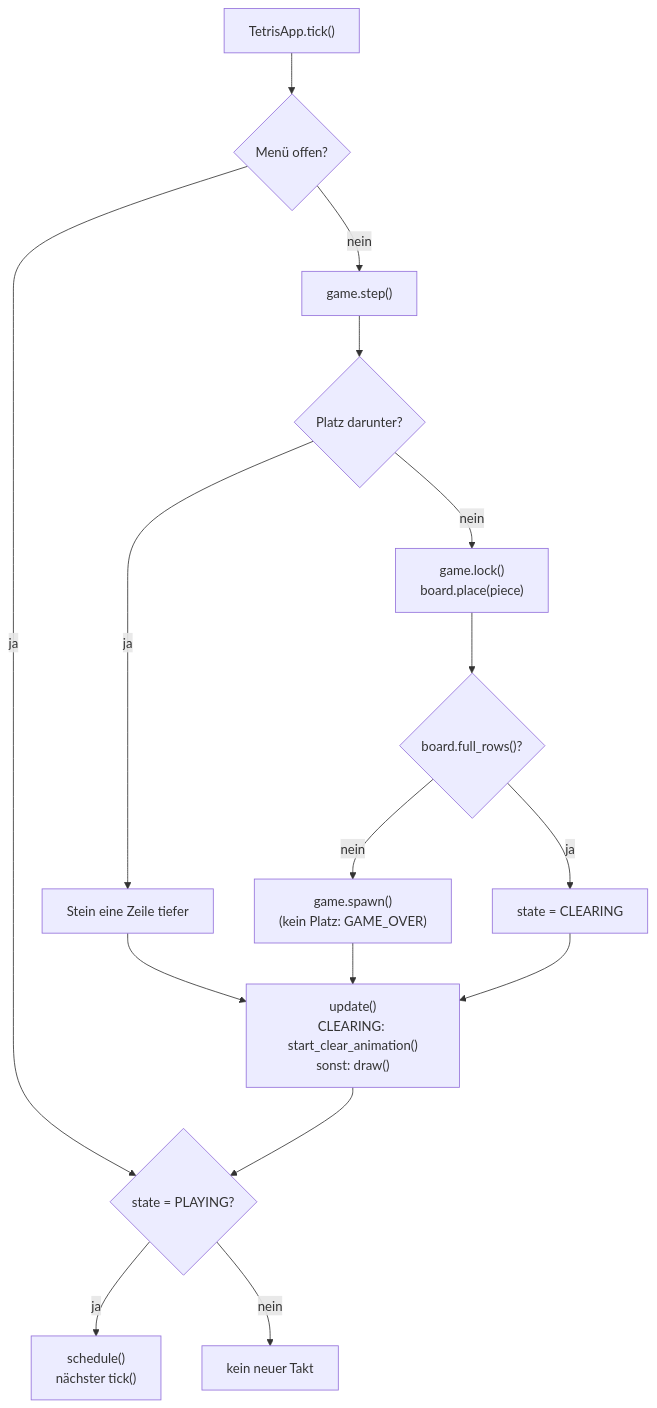
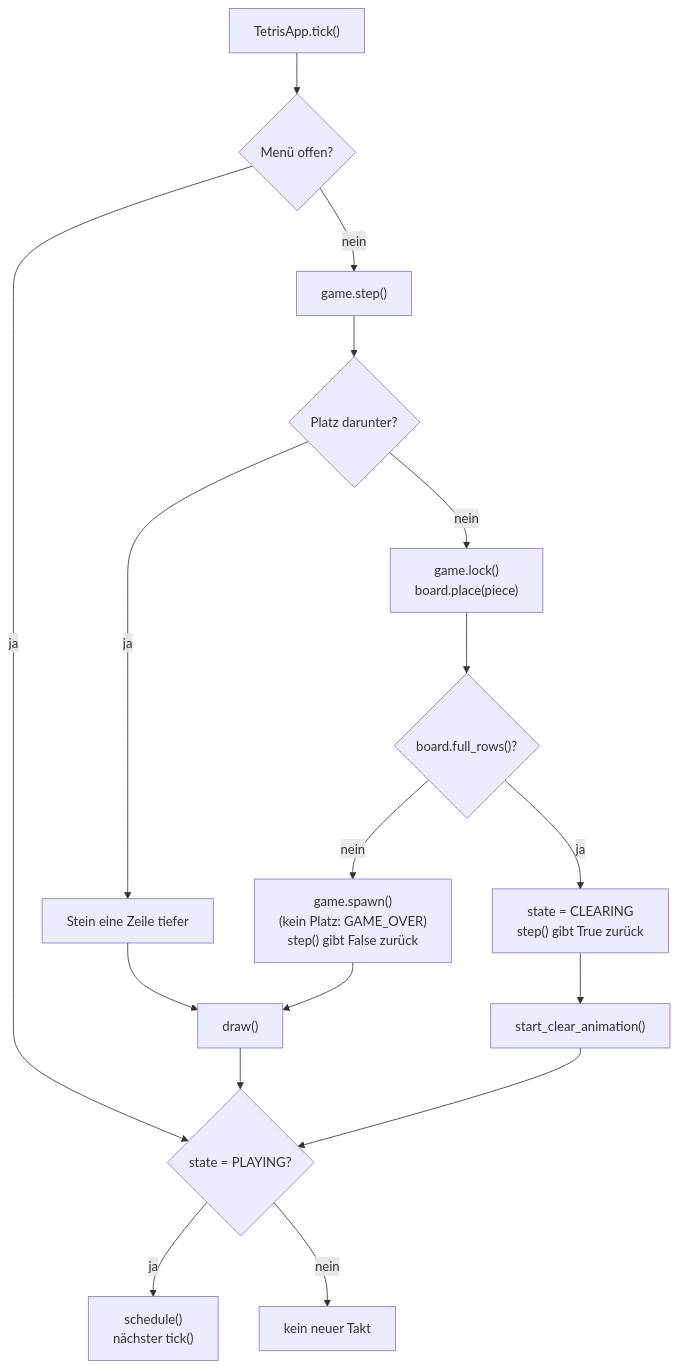
Before and after one commit to Krysek/Quickstart-mit-Claude: the fourth of 6 diagrams in docs/Diagramme.md, drawn with Mermaid. The commit also changed other lines of this file and 7 other files, not shown here.

````diff
--- a/docs/Diagramme.md
+++ b/docs/Diagramme.md
@@ -201,18 +214,19 @@
 ```mermaid
 flowchart TD
     tick["TetrisApp.tick()"] --> paused{"Menü offen?"}
     paused -->|ja| tnext
     paused -->|nein| step["game.step()"]
     step --> down{"Platz darunter?"}
     down -->|ja| moved["Stein eine Zeile tiefer"]
     down -->|nein| lock["game.lock()<br/>board.place(piece)"]
     lock --> full{"board.full_rows()?"}
-    full -->|nein| spawn["game.spawn()<br/>(kein Platz: GAME_OVER)"]
-    full -->|ja| clearing["state = CLEARING"]
-    moved --> upd
-    spawn --> upd
-    clearing --> upd["update()<br/>CLEARING: start_clear_animation()<br/>sonst: draw()"]
-    upd --> tnext{"state = PLAYING?"}
+    full -->|nein| spawn["game.spawn()<br/>(kein Platz: GAME_OVER)<br/>step() gibt False zurück"]
+    full -->|ja| clearing["state = CLEARING<br/>step() gibt True zurück"]
+    moved --> draw["draw()"]
+    spawn --> draw
+    clearing --> sca["start_clear_animation()"]
+    draw --> tnext{"state = PLAYING?"}
+    sca --> tnext
     tnext -->|ja| sched["schedule()<br/>nächster tick()"]
     tnext -->|nein| none["kein neuer Takt"]
 ```
````
